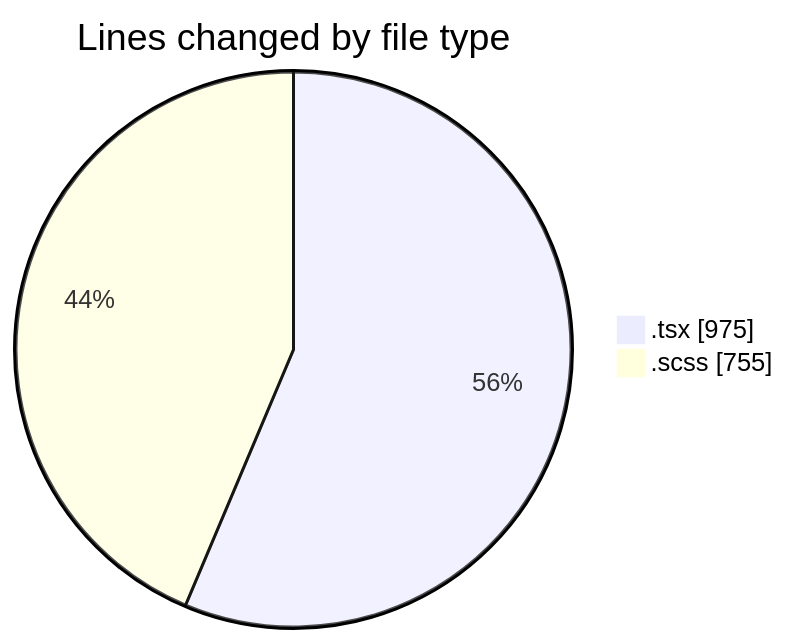
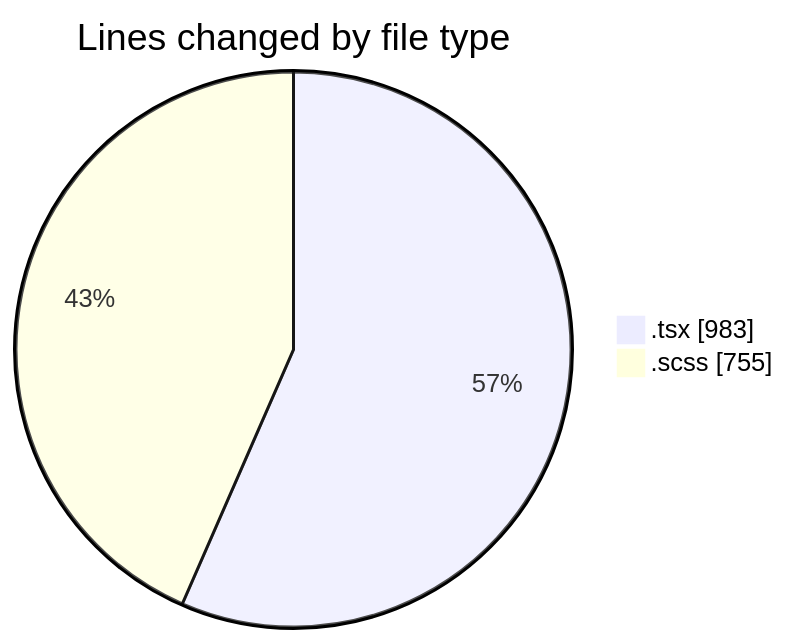
One commit to momahboobian/code-tracking changed the first of 2 diagrams in 2025-10-06/cda/README.md. Above: the diagram before and after it, drawn with Mermaid. The commit also changed other lines of this file and 1 other file, not shown here.

````diff
--- a/2025-10-06/cda/README.md
+++ b/2025-10-06/cda/README.md
@@ -24,6 +24,6 @@
 ```mermaid
 pie showData
 title Lines changed by file type
-".tsx" : 975
+".tsx" : 983
 ".scss" : 755
 ```
````
